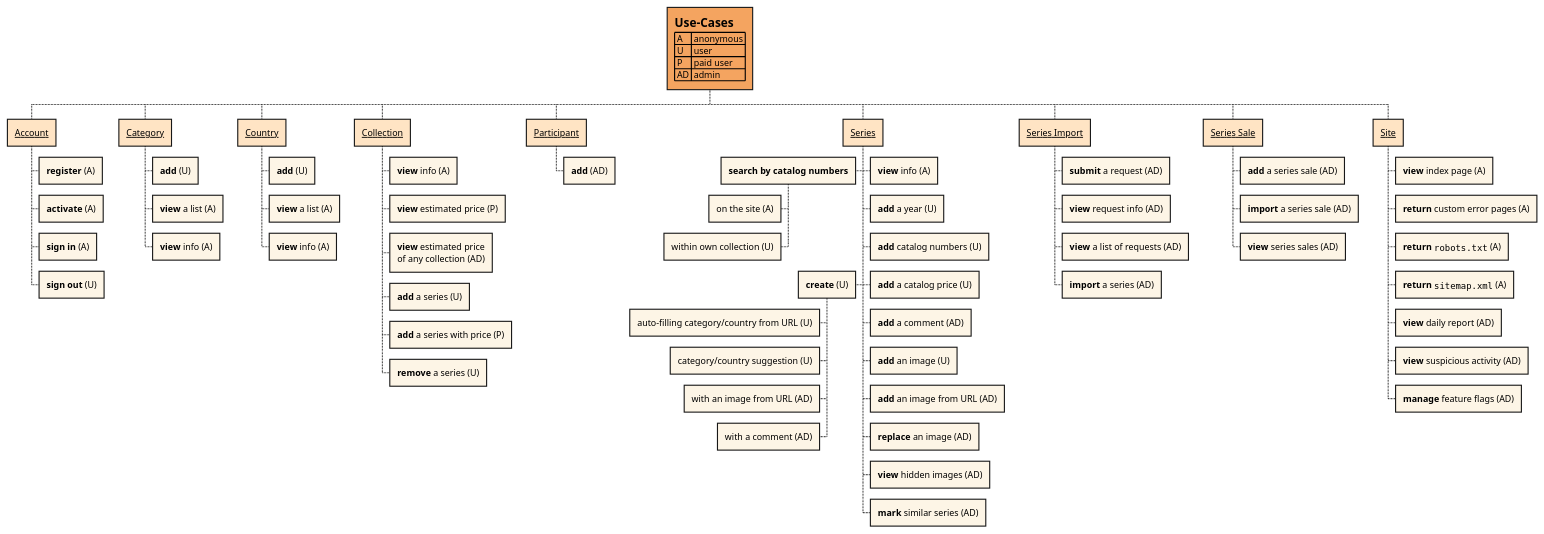
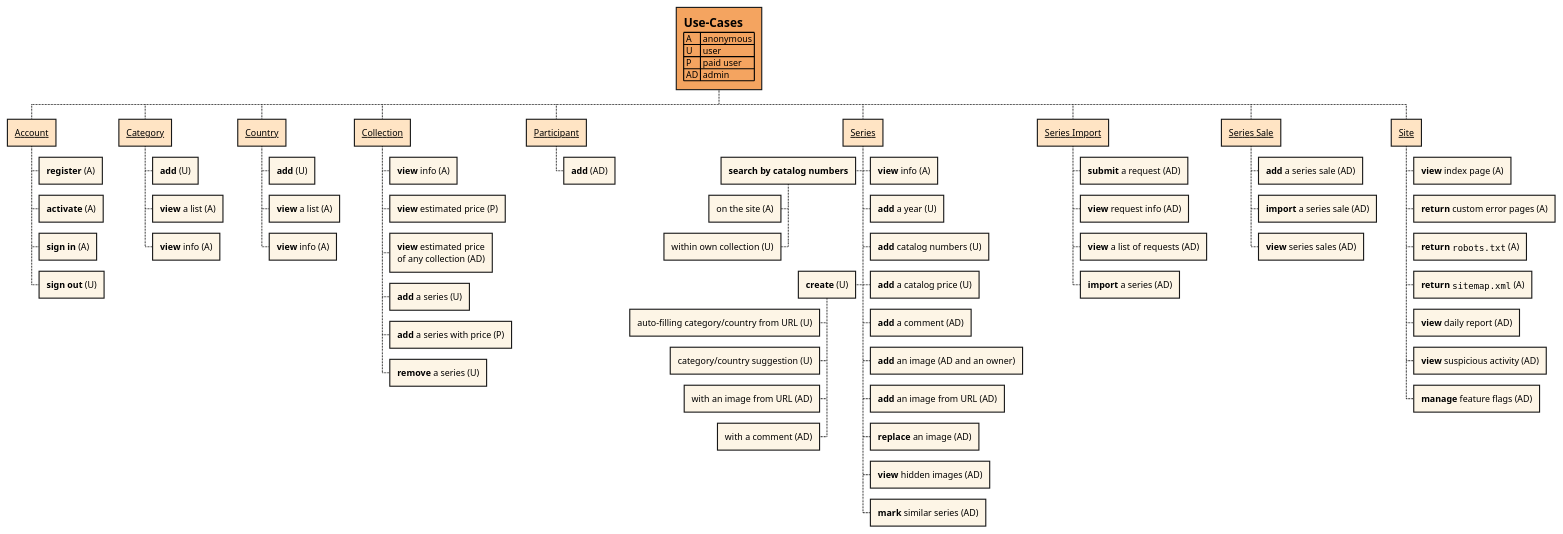
One commit to php-coder/mystamps changed the diagram in docs/diagrams/all-use-cases.puml. Above: the diagram before and after it, drawn with PlantUML.

Commit message:
chore(all-use-cases.puml): user can add an additional image only when he is its owner
[skip ci]

```diff
--- a/docs/diagrams/all-use-cases.puml
+++ b/docs/diagrams/all-use-cases.puml
@@ -1,99 +1,99 @@
 @startwbs all-use-cases.png
 ' See for details:
 ' - https://plantuml.com/en/wbs-diagram
 ' - https://plantuml.com/en/color
 ' - https://plantuml.com/en/creole
 
 <style>
 	wbsDiagram {
 		arrow {
 			LineStyle 1
 		}
 		' highlight root
 		rootNode {
 			BackgroundColor SandyBrown
 		}
 		' highlight domains
 		:depth(1) {
 			BackgroundColor Bisque
 		}
 		' highlight cases
 		:depth(2) {
 			BackgroundColor OldLace
 		}
 		:depth(3) {
 			BackgroundColor OldLace
 		}
 	}
 </style>
 
 * = Use-Cases\n| A | anonymous |\n| U | user |\n| P | paid user |\n| AD | admin |
 
 ** __Account__
 *** **register** (A)
 *** **activate** (A)
 *** **sign in** (A)
 *** **sign out** (U)
 
 ** __Category__
 *** **add** (U)
 *** **view** a list (A)
 *** **view** info (A)
 
 ** __Country__
 *** **add** (U)
 *** **view** a list (A)
 *** **view** info (A)
 
 ** __Collection__
 *** **view** info (A)
 *** **view** estimated price (P)
 *** **view** estimated price\nof any collection (AD)
 *** **add** a series (U)
 *** **add** a series with price (P)
 *** **remove** a series (U)
 
 ** __Participant__
 *** **add** (AD)
 
 ** __Series__
 *** **view** info (A)
 --- **search by catalog numbers**
 ---- on the site (A)
 ---- within own collection (U)
 --- **create** (U)
 ---- auto-filling category/country from URL (U)
 ---- category/country suggestion (U)
 ---- with an image from URL (AD)
 ---- with a comment (AD)
 *** **add** a year (U)
 *** **add** catalog numbers (U)
 *** **add** a catalog price (U)
 *** **add** a comment (AD)
-*** **add** an image (U)
+*** **add** an image (AD and an owner)
 *** **add** an image from URL (AD)
 *** **replace** an image (AD)
 *** **view** hidden images (AD)
 *** **mark** similar series (AD)
 
 ** __Series Import__
 *** **submit** a request (AD)
 *** **view** request info (AD)
 *** **view** a list of requests (AD)
 *** **import** a series (AD)
 
 ** __Series Sale__
 *** **add** a series sale (AD)
 *** **import** a series sale (AD)
 *** **view** series sales (AD)
 
 ** __Site__
 *** **view** index page (A)
 *** **return** custom error pages (A)
 *** **return** ""robots.txt"" (A)
 *** **return** ""sitemap.xml"" (A)
 *** **view** daily report (AD)
 *** **view** suspicious activity (AD)
 *** **manage** feature flags (AD)
 
 @endwbs
```
